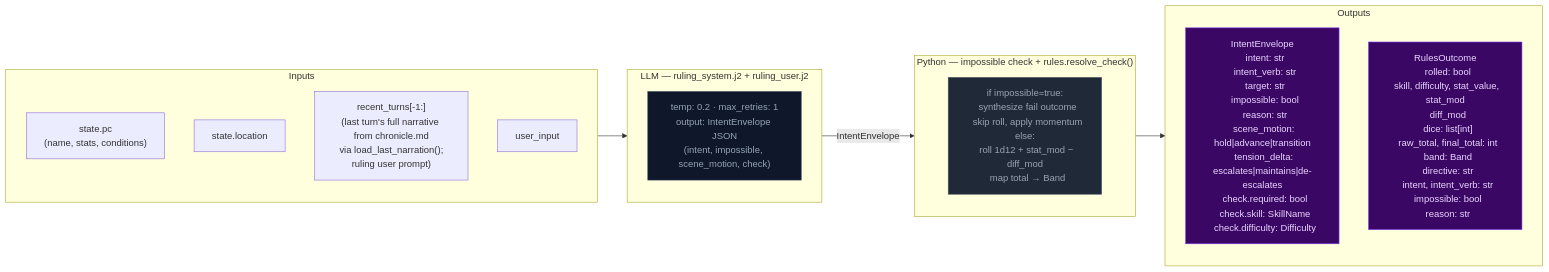
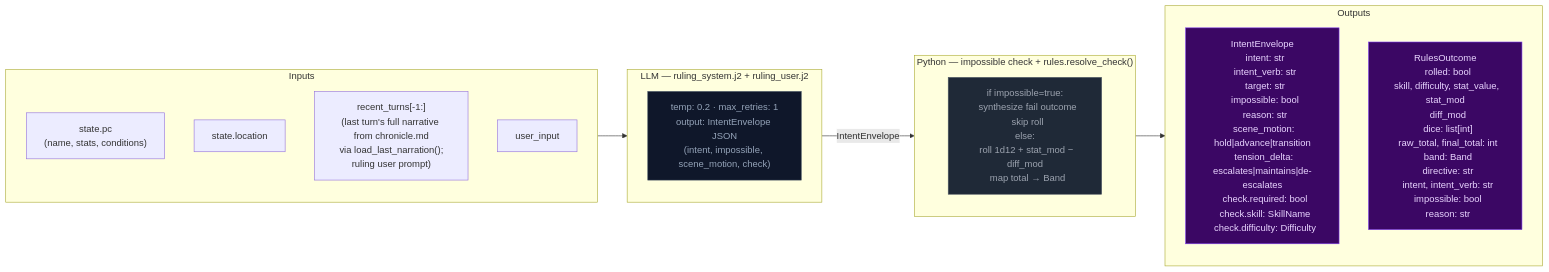
One commit to pww217/fablethread changed the first of 3 diagrams in docs/architecture/step0-ruling.md. Above: the diagram before and after it, drawn with Mermaid. The commit also changed other lines of this file and 30 other files, not shown here.

````diff
--- a/docs/architecture/step0-ruling.md
+++ b/docs/architecture/step0-ruling.md
@@ -8,31 +8,31 @@
 ```mermaid
 flowchart LR
     classDef stageRules fill:#4c1d95,color:#ddd6fe,stroke:#7c3aed
     classDef llmNode    fill:#0f172a,color:#94a3b8,stroke:#334155
     classDef pyNode     fill:#1f2937,color:#9ca3af,stroke:#4b5563
     classDef outNode    fill:#3b0764,color:#e9d5ff,stroke:#7c3aed
 
     subgraph IN["Inputs"]
         I1["state.pc<br>(name, stats, conditions)"]
         I2["state.location"]
         I3["recent_turns[-1:]<br>(last turn's full narrative from chronicle.md<br>via load_last_narration();<br>ruling user prompt)"]
         I4["user_input"]
     end
 
     subgraph LLM0["LLM — ruling_system.j2 + ruling_user.j2"]
         L0["temp: 0.2 · max_retries: 1<br>output: IntentEnvelope JSON<br>(intent, impossible, scene_motion, check)"]:::llmNode
     end
 
     subgraph PYRES["Python — impossible check + rules.resolve_check()"]
-        P0["if impossible=true:<br>  synthesize fail outcome<br>  skip roll, apply momentum<br>else:<br>  roll 1d12 + stat_mod − diff_mod<br>  map total → Band"]:::pyNode
+        P0["if impossible=true:<br>  synthesize fail outcome<br>  skip roll<br>else:<br>  roll 1d12 + stat_mod − diff_mod<br>  map total → Band"]:::pyNode
     end
 
     subgraph OUT["Outputs"]
         O1["IntentEnvelope<br>  intent: str<br>  intent_verb: str<br>  target: str<br>  impossible: bool<br>  reason: str<br>  scene_motion: hold|advance|transition<br>  tension_delta: escalates|maintains|de-escalates<br>  check.required: bool<br>  check.skill: SkillName<br>  check.difficulty: Difficulty"]:::outNode
         O2["RulesOutcome<br>  rolled: bool<br>  skill, difficulty, stat_value, stat_mod<br>  diff_mod<br>  dice: list[int]<br>  raw_total, final_total: int<br>  band: Band<br>  directive: str<br>  intent, intent_verb: str<br>  impossible: bool<br>  reason: str"]:::outNode
     end
 
     IN --> LLM0
     LLM0 -- "IntentEnvelope" --> PYRES
     PYRES --> OUT
 ```
````
